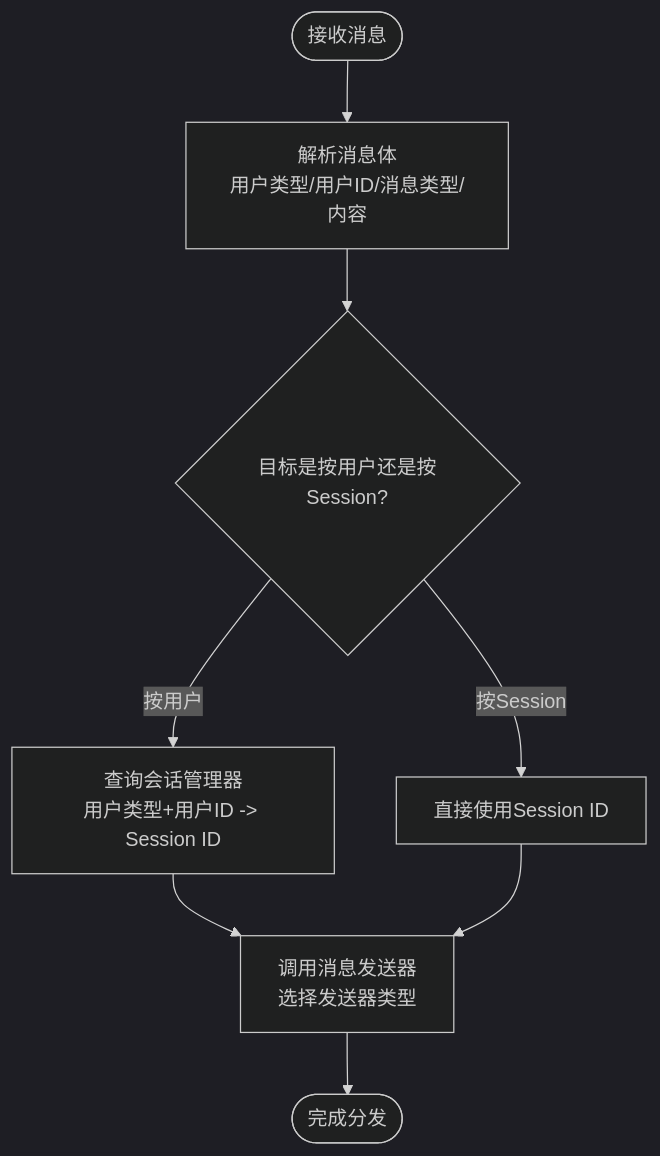
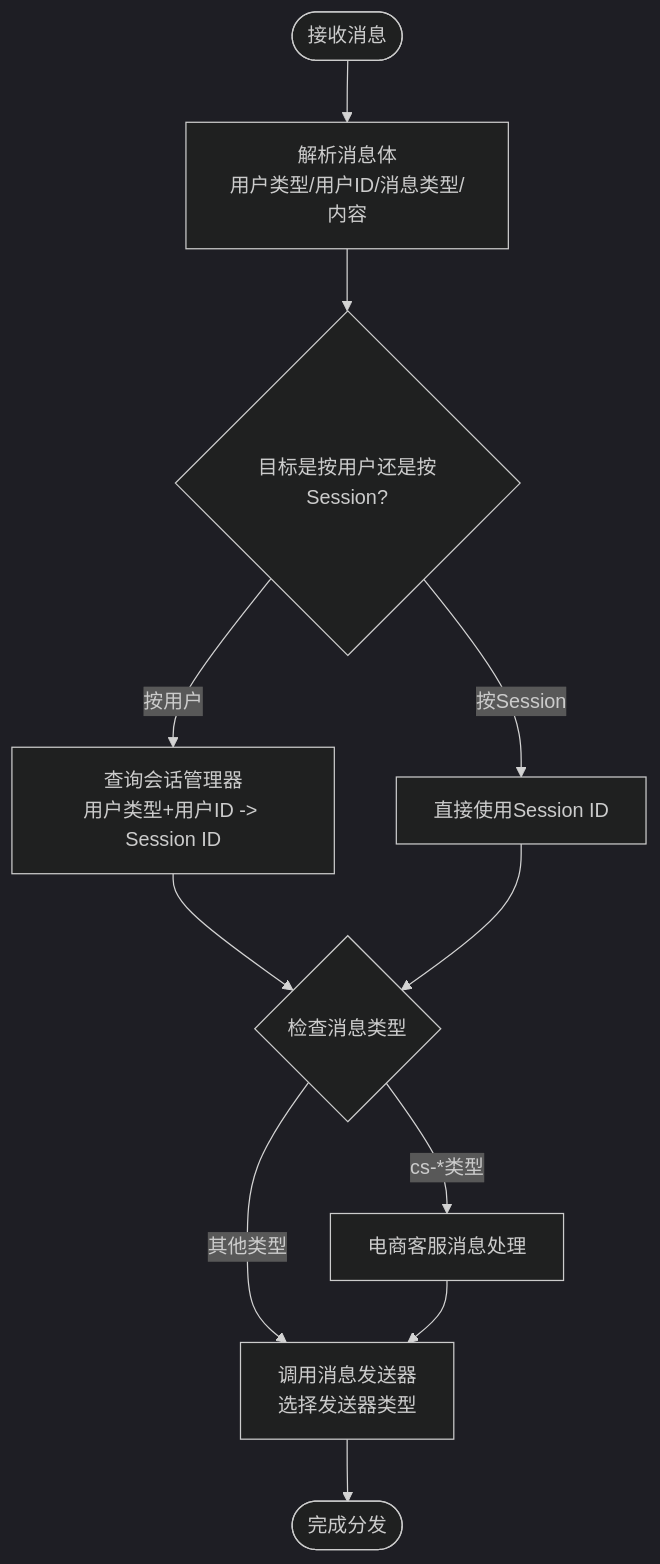
Before and after one commit to xiaoche80s-tech/rouyi-vue-pro: the fourth of 8 diagrams in .qoder/repowiki/zh/content/核心模块/即时通讯模块/WebSocket实时通信服务.md, drawn with Mermaid (dark theme). The commit also changed other lines of this file and 598 other files, not shown here.

````diff
--- a/.qoder/repowiki/zh/content/核心模块/即时通讯模块/WebSocket实时通信服务.md
+++ b/.qoder/repowiki/zh/content/核心模块/即时通讯模块/WebSocket实时通信服务.md
@@ -183,10 +215,13 @@
 ```mermaid
 flowchart TD
 Start(["接收消息"]) --> Parse["解析消息体<br/>用户类型/用户ID/消息类型/内容"]
 Parse --> Route{"目标是按用户还是按Session?"}
 Route --> |按用户| Lookup["查询会话管理器<br/>用户类型+用户ID -> Session ID"]
 Route --> |按Session| UseSID["直接使用Session ID"]
-Lookup --> Send["调用消息发送器<br/>选择发送器类型"]
-UseSID --> Send
+Lookup --> TypeCheck{"检查消息类型"}
+UseSID --> TypeCheck
+TypeCheck --> |cs-*类型| CSHandle["电商客服消息处理"]
+TypeCheck --> |其他类型| Send["调用消息发送器<br/>选择发送器类型"]
+CSHandle --> Send
 Send --> End(["完成分发"])
 ```
````
